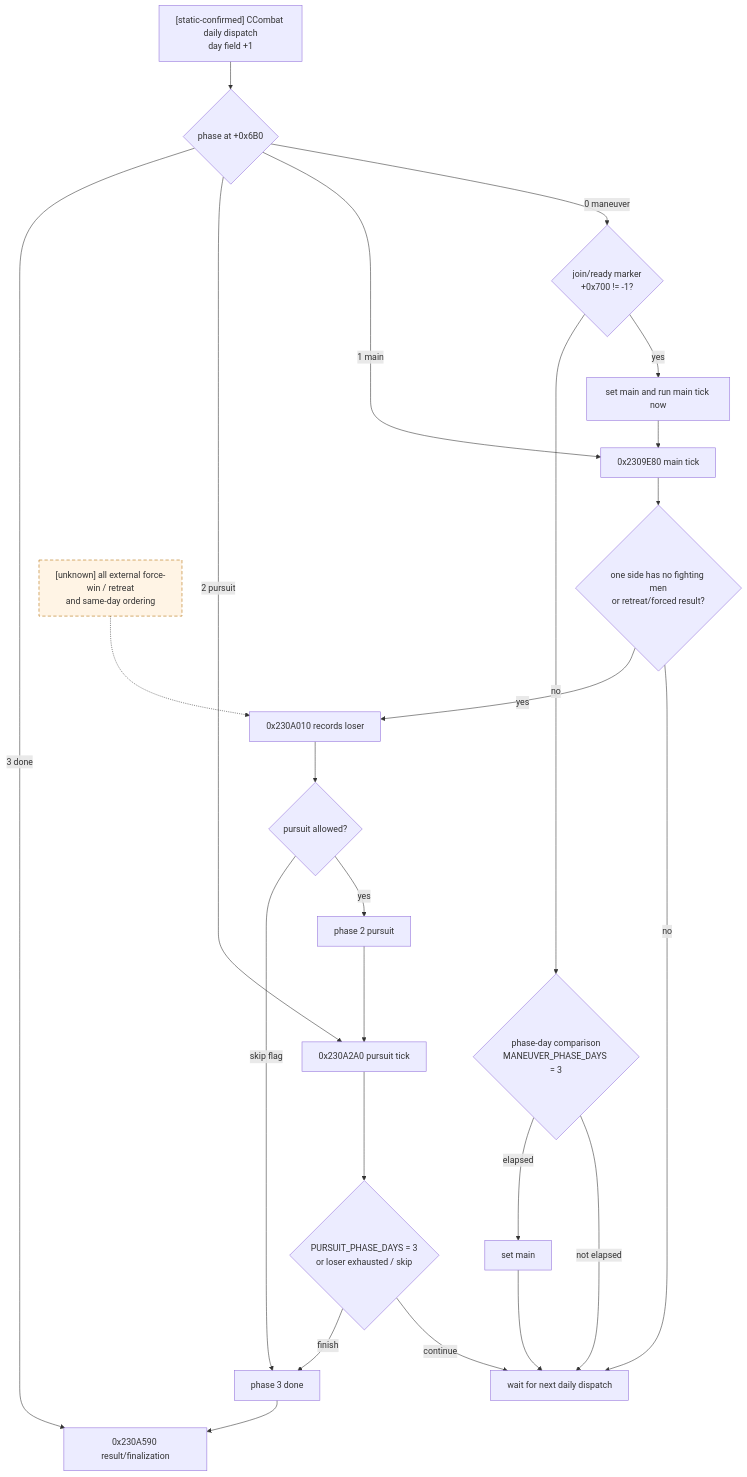
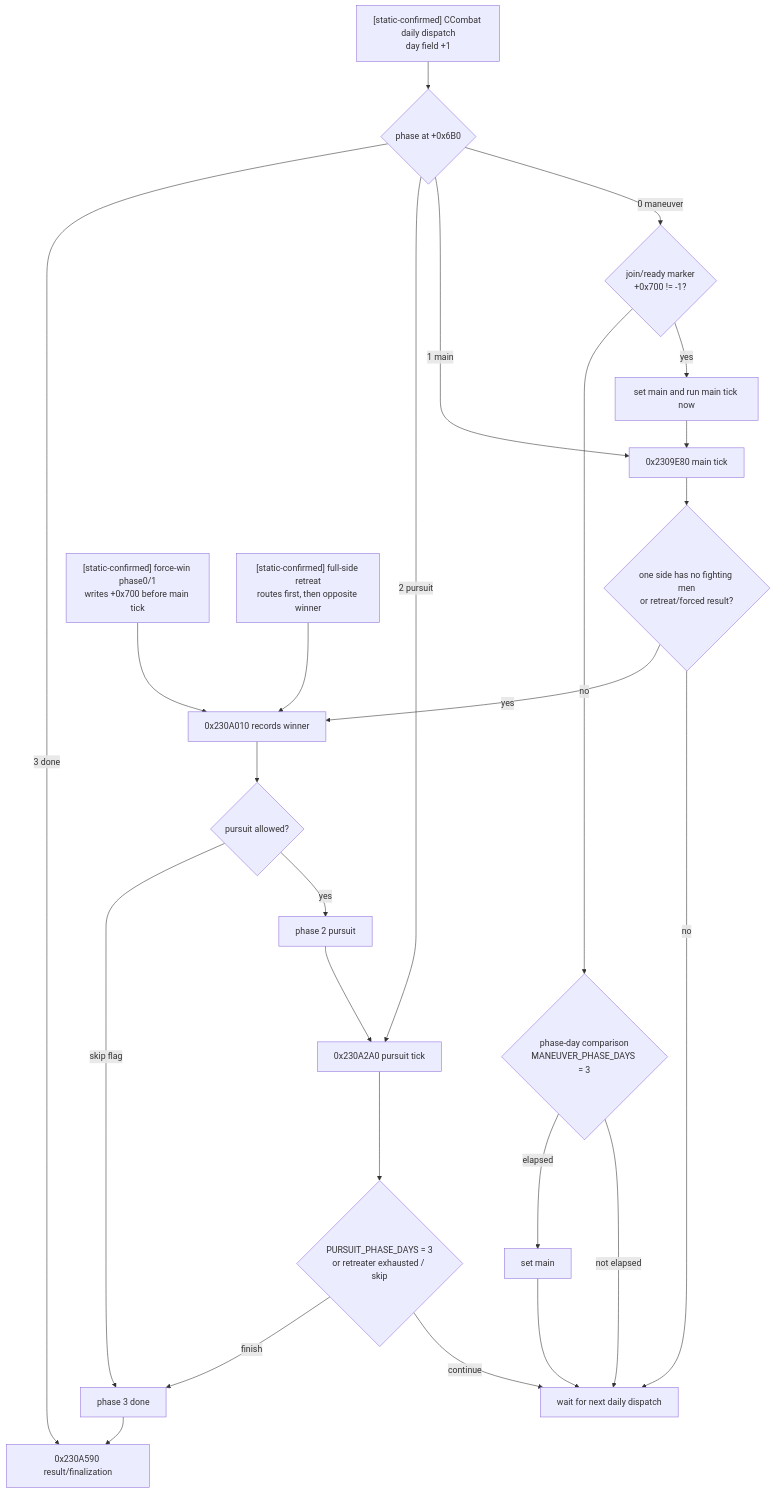
One commit to XenoAmess/ck3_eternal_recurrence changed the third of 8 diagrams in docs/ck3-native-ai/battle-simulation.md. Above: the diagram before and after it, drawn with Mermaid. The commit also changed other lines of this file and 183 other files, not shown here.

````diff
--- a/docs/ck3-native-ai/battle-simulation.md
+++ b/docs/ck3-native-ai/battle-simulation.md
@@ -46,28 +122,27 @@
 ```mermaid
 flowchart TD
     T["[static-confirmed] CCombat daily dispatch<br/>day field +1"] --> P{"phase at +0x6B0"}
     P -->|0 maneuver| J{"join/ready marker<br/>+0x700 != -1?"}
     J -->|yes| M0["set main and run main tick now"]
     J -->|no| MD{"phase-day comparison<br/>MANEUVER_PHASE_DAYS = 3"}
     MD -->|not elapsed| W["wait for next daily dispatch"]
     MD -->|elapsed| M1["set main"]
     P -->|1 main| MT["0x2309E80 main tick"]
     M0 --> MT
     M1 --> W
     MT --> Z{"one side has no fighting men<br/>or retreat/forced result?"}
     Z -->|no| W
-    Z -->|yes| L["0x230A010 records loser"]
+    Z -->|yes| L["0x230A010 records winner"]
     L --> Q{"pursuit allowed?"}
     Q -->|yes| PS["phase 2 pursuit"]
     Q -->|skip flag| D["phase 3 done"]
     P -->|2 pursuit| PT["0x230A2A0 pursuit tick"]
     PS --> PT
-    PT --> PD{"PURSUIT_PHASE_DAYS = 3<br/>or loser exhausted / skip"}
+    PT --> PD{"PURSUIT_PHASE_DAYS = 3<br/>or retreater exhausted / skip"}
     PD -->|continue| W
     PD -->|finish| D
     P -->|3 done| F["0x230A590 result/finalization"]
     D --> F
-    U["[unknown] all external force-win / retreat<br/>and same-day ordering"] -.-> L
-    classDef unknown stroke-dasharray: 6 4,fill:#fff4e5,stroke:#b36b00;
-    class U unknown;
+    FW["[static-confirmed] force-win phase0/1<br/>writes +0x700 before main tick"] --> L
+    RT["[static-confirmed] full-side retreat<br/>routes first, then opposite winner"] --> L
 ```
````
